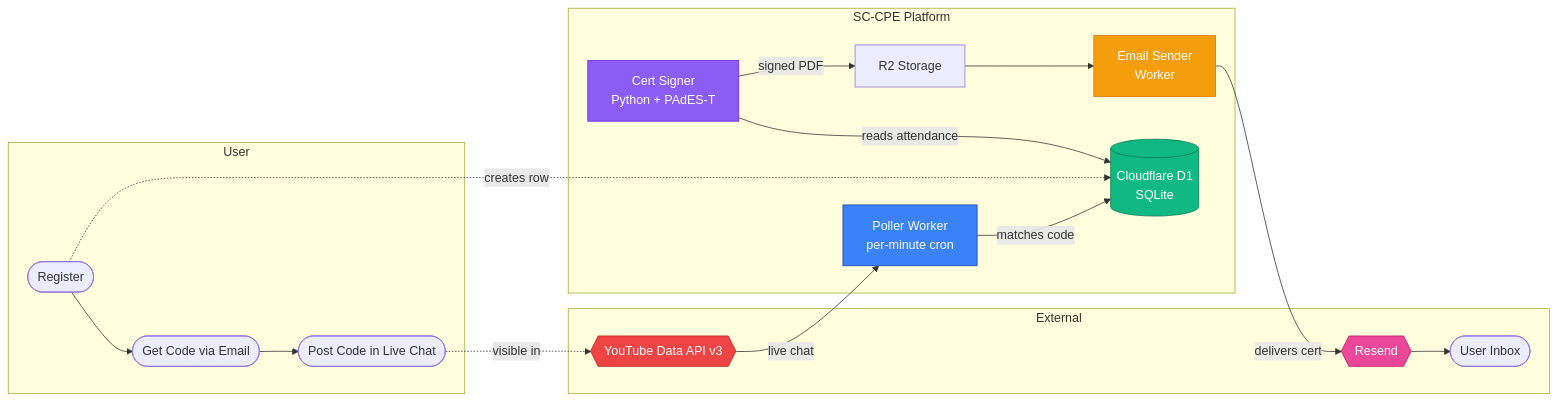
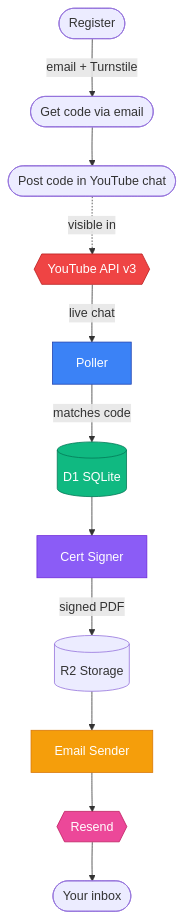
The first of 5 diagrams in README.md (ericrihm/sc-cpe), drawn with Mermaid before and after one commit. The commit also changed other lines of this file, not shown here.

First line of the commit message:
docs(readme): convert mermaid diagrams from LR to TD for GitHub rendering

````diff
--- a/README.md
+++ b/README.md
@@ -61,30 +62,22 @@
 ```mermaid
-flowchart LR
-    subgraph User
-        A([Register]) --> B([Get Code via Email])
-        B --> C([Post Code in Live Chat])
-    end
+flowchart TD
+    A([Register]) -->|email + Turnstile| B([Get code via email])
+    B --> C([Post code in YouTube chat])
+    C -.->|visible in| YT{{YouTube API v3}}
 
-    subgraph SC-CPE Platform
-        D[Poller Worker<br/>per-minute cron] -->|matches code| E[(Cloudflare D1<br/>SQLite)]
-        F[Cert Signer<br/>Python + PAdES-T] -->|reads attendance| E
-        F -->|signed PDF| G[R2 Storage]
-        G --> H[Email Sender<br/>Worker]
-    end
+    YT -->|live chat| P[Poller]
+    P -->|matches code| DB[(D1 SQLite)]
 
-    subgraph External
-        I{{YouTube Data API v3}} -->|live chat| D
-        H -->|delivers cert| J{{Resend}}
-        J --> K([User Inbox])
-    end
+    DB --> S[Cert Signer]
+    S -->|signed PDF| R2[(R2 Storage)]
+    R2 --> E[Email Sender]
+    E --> RE{{Resend}}
+    RE --> IN([Your inbox])
 
-    C -.->|visible in| I
-    A -.->|creates row| E
-
-    style D fill:#3b82f6,stroke:#1e40af,color:#fff
-    style E fill:#10b981,stroke:#047857,color:#fff
-    style F fill:#8b5cf6,stroke:#6d28d9,color:#fff
-    style H fill:#f59e0b,stroke:#d97706,color:#fff
-    style I fill:#ef4444,stroke:#b91c1c,color:#fff
-    style J fill:#ec4899,stroke:#be185d,color:#fff
+    style P fill:#3b82f6,stroke:#1e40af,color:#fff
+    style DB fill:#10b981,stroke:#047857,color:#fff
+    style S fill:#8b5cf6,stroke:#6d28d9,color:#fff
+    style E fill:#f59e0b,stroke:#d97706,color:#fff
+    style YT fill:#ef4444,stroke:#b91c1c,color:#fff
+    style RE fill:#ec4899,stroke:#be185d,color:#fff
 ```
````
